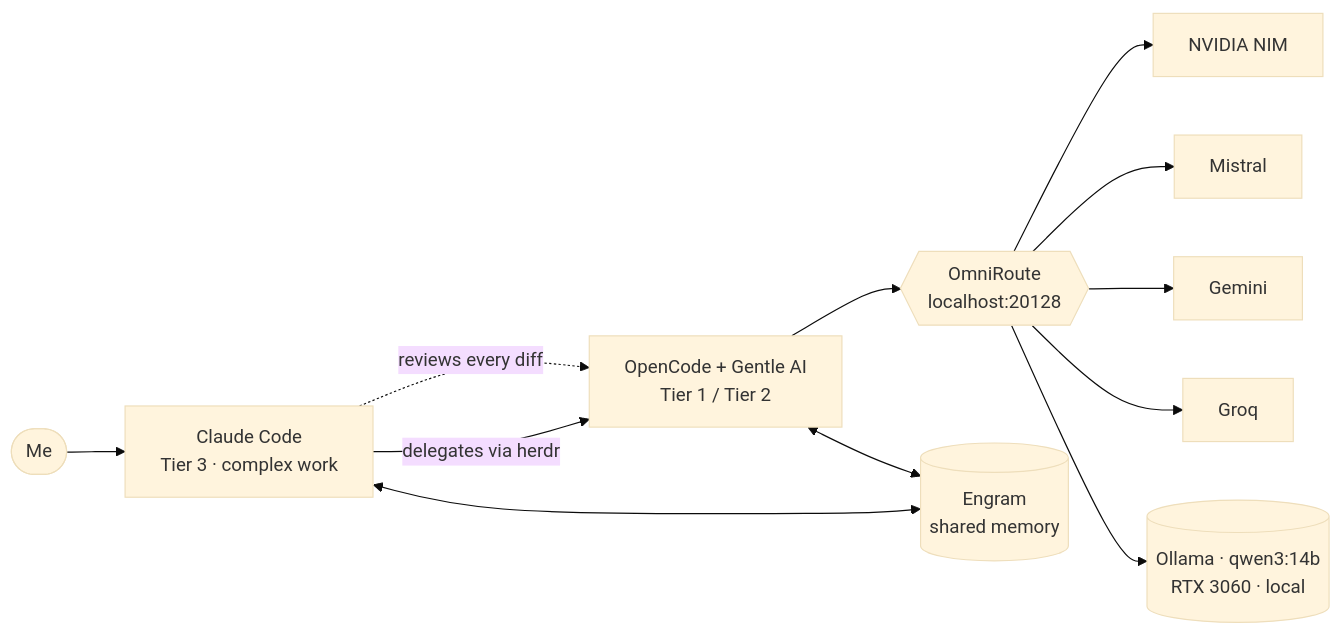
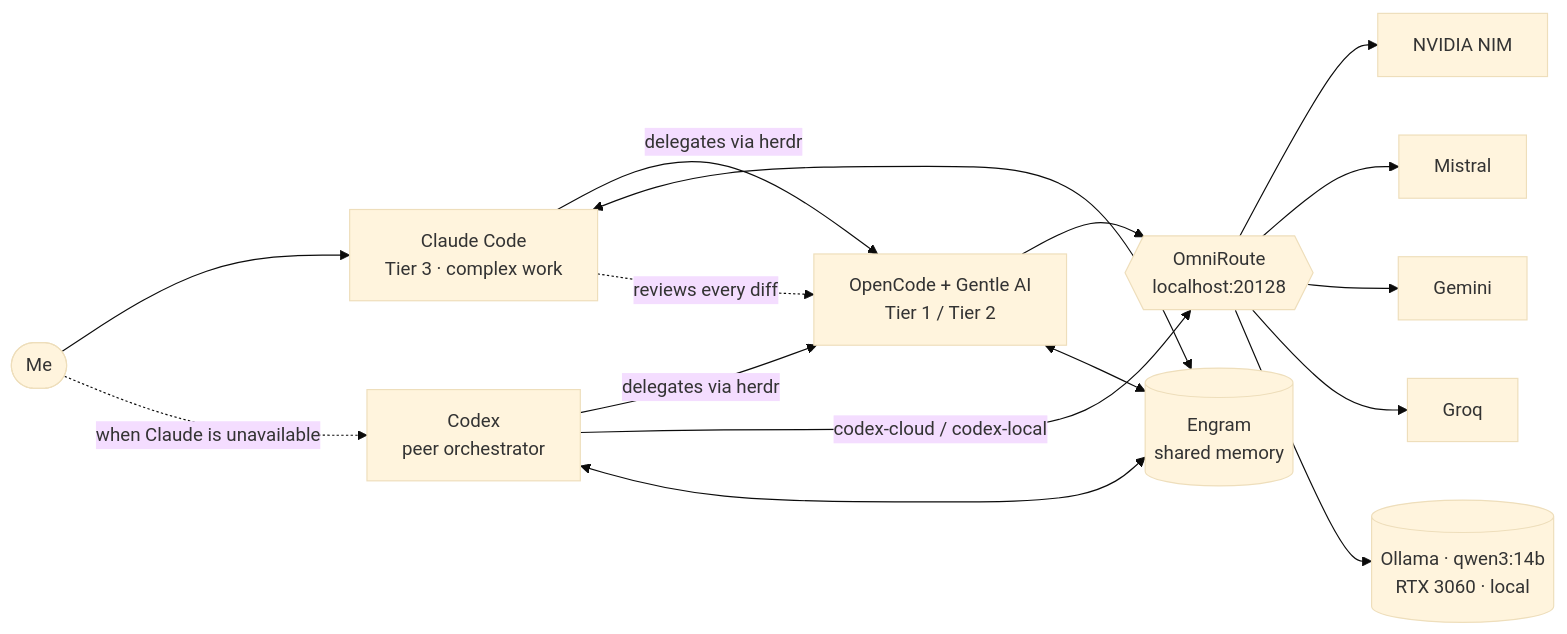
The diagram in README.md (elvinlab/agentic-dev-setup), drawn with Mermaid (base theme) before and after one commit. The commit also changed other lines of this file and 4 other files, not shown here.

First line of the commit message:
feat(codex): mirror Claude's tier delegation and document peer setup

````diff
--- a/README.md
+++ b/README.md
@@ -30,14 +33,18 @@
 ```mermaid
 flowchart LR
     U([Me]) --> C[Claude Code<br/>Tier 3 · complex work]
+    U -. "when Claude is unavailable" .-> X[Codex<br/>peer orchestrator]
     C -- "delegates via herdr" --> O[OpenCode + Gentle AI<br/>Tier 1 / Tier 2]
+    X -- "delegates via herdr" --> O
+    X -- "codex-cloud / codex-local" --> R
     O --> R{{OmniRoute<br/>localhost:20128}}
     R --> N[NVIDIA NIM]
     R --> M[Mistral]
     R --> G[Gemini]
     R --> Q[Groq]
     R --> L[(Ollama · qwen3:14b<br/>RTX 3060 · local)]
     C <--> E[(Engram<br/>shared memory)]
     O <--> E
+    X <--> E
     C -. "reviews every diff" .-> O
 ```
````
